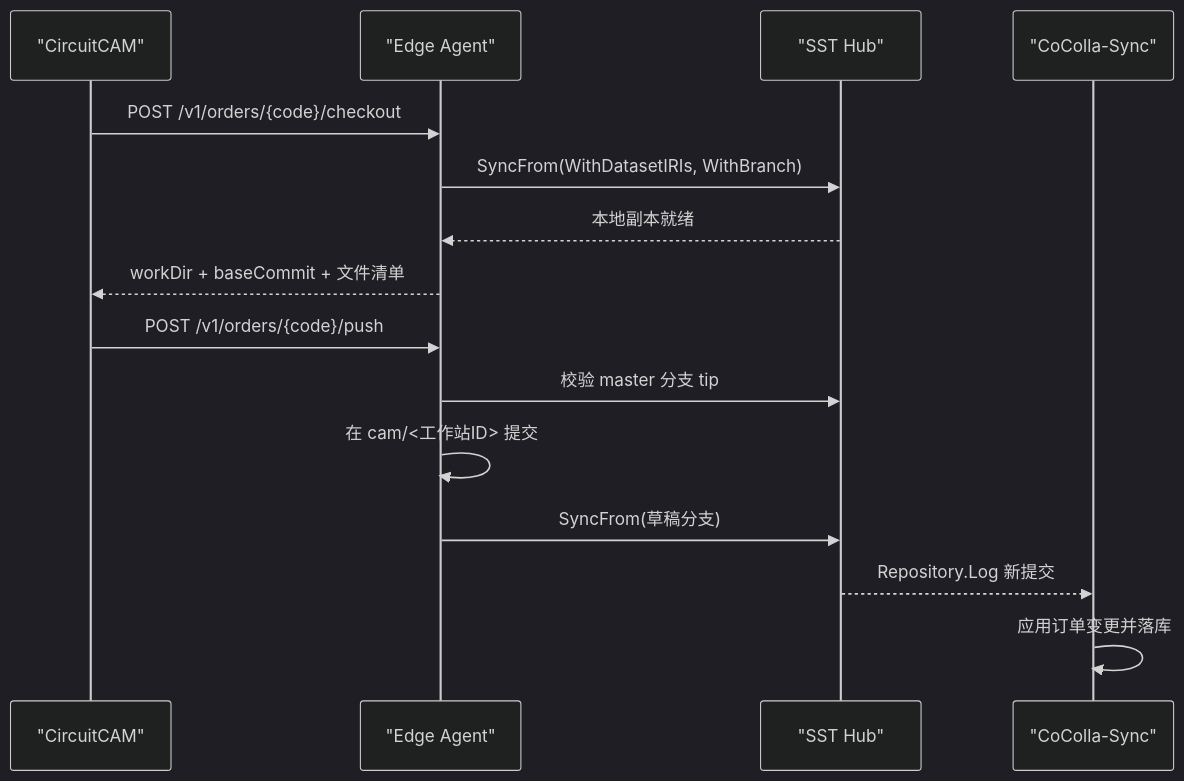
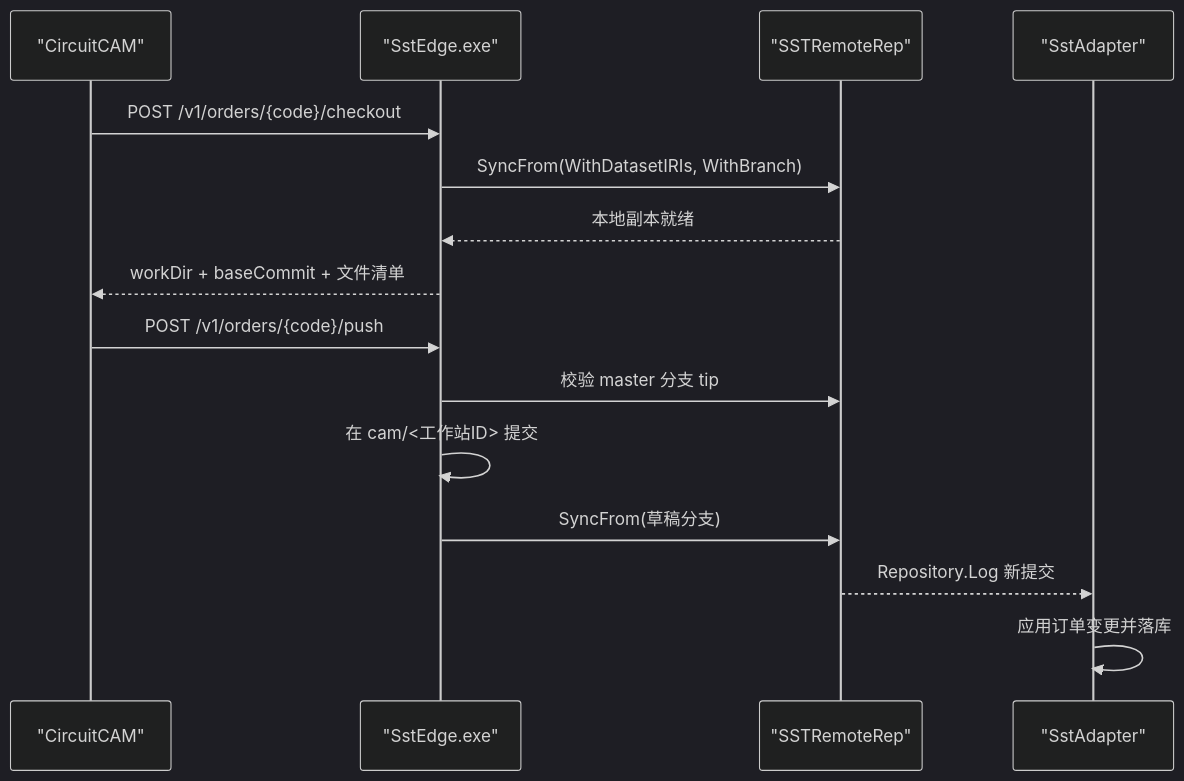
Before and after one commit to lyuliuyan/sst-core: the fifth of 8 diagrams in .qoder/repowiki/zh/content/部署指南/CircuitCAM与CoCollaWorking集成方案.md, drawn with Mermaid (dark theme). The commit also changed other lines of this file and 1 other file, not shown here.

````diff
--- a/.qoder/repowiki/zh/content/部署指南/CircuitCAM与CoCollaWorking集成方案.md
+++ b/.qoder/repowiki/zh/content/部署指南/CircuitCAM与CoCollaWorking集成方案.md
@@ -177,17 +184,17 @@
 ```mermaid
 sequenceDiagram
 participant CAM as "CircuitCAM"
-participant Edge as "Edge Agent"
-participant Hub as "SST Hub"
-participant Sync as "CoColla-Sync"
+participant Edge as "SstEdge.exe"
+participant Hub as "SSTRemoteRep"
+participant Adapter as "SstAdapter"
 CAM->>Edge : POST /v1/orders/{code}/checkout
 Edge->>Hub : SyncFrom(WithDatasetIRIs, WithBranch)
 Hub-->>Edge : 本地副本就绪
 Edge-->>CAM : workDir + baseCommit + 文件清单
 CAM->>Edge : POST /v1/orders/{code}/push
 Edge->>Hub : 校验 master 分支 tip
 Edge->>Edge : 在 cam/<工作站ID> 提交
 Edge->>Hub : SyncFrom(草稿分支)
-Hub-->>Sync : Repository.Log 新提交
-Sync->>Sync : 应用订单变更并落库
+Hub-->>Adapter : Repository.Log 新提交
+Adapter->>Adapter : 应用订单变更并落库
 ```
````
